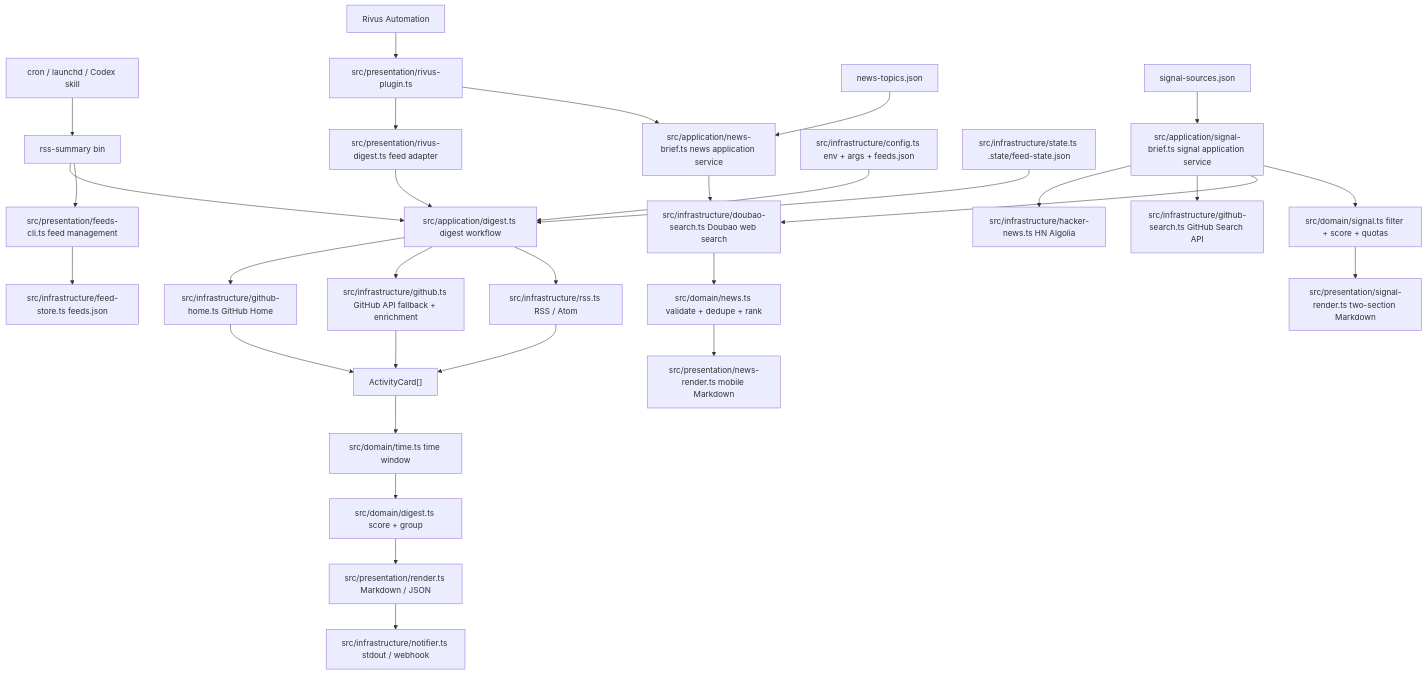
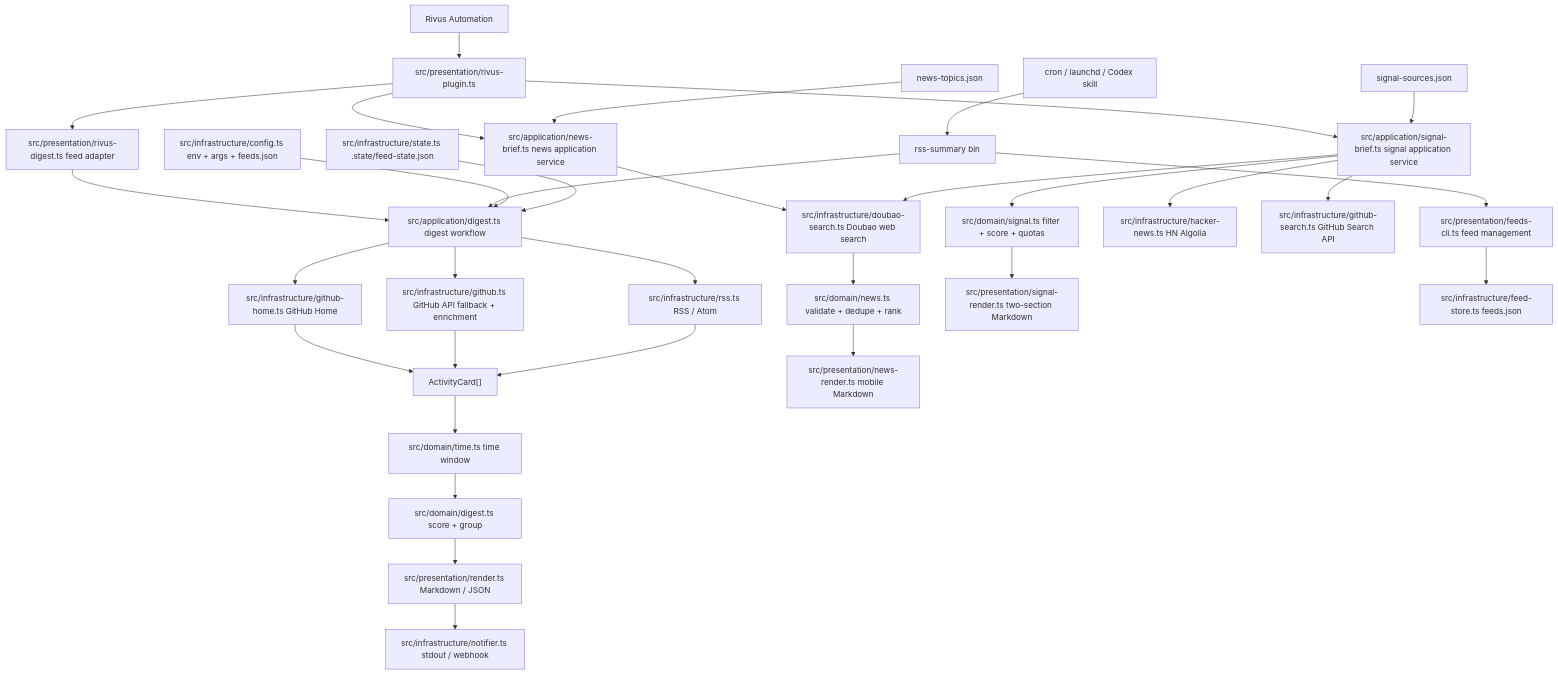
Before and after one commit to PerfectPan/rss-summary: the diagram in docs/architecture.md, drawn with Mermaid. The commit also changed other lines of this file and 2 other files, not shown here.

First line of the commit message:
docs: rewrite architecture and add technology decisions

````diff
--- a/docs/architecture.md
+++ b/docs/architecture.md
@@ -9,39 +21,40 @@
 ```mermaid
 flowchart TD
   Trigger["cron / launchd / Codex skill"] --> CLI["rss-summary bin"]
   RivusSchedule["Rivus Automation"] --> Plugin["src/presentation/rivus-plugin.ts"]
   Plugin --> FeedAdapter["src/presentation/rivus-digest.ts feed adapter"]
   Plugin --> NewsBrief["src/application/news-brief.ts news application service"]
+  Plugin --> SignalBrief["src/application/signal-brief.ts signal application service"]
   FeedAdapter --> Digest
   CLI --> Digest["src/application/digest.ts digest workflow"]
   CLI --> FeedsCommand["src/presentation/feeds-cli.ts feed management"]
 
   Config["src/infrastructure/config.ts env + args + feeds.json"] --> Digest
   Digest --> GitHubHome["src/infrastructure/github-home.ts GitHub Home"]
   Digest --> GitHub["src/infrastructure/github.ts GitHub API fallback + enrichment"]
   Digest --> RSS["src/infrastructure/rss.ts RSS / Atom"]
 
   GitHubHome --> Cards["ActivityCard[]"]
   GitHub --> Cards
   RSS --> Cards
   Cards --> Window["src/domain/time.ts time window"]
   Window --> Domain["src/domain/digest.ts score + group"]
 
   State["src/infrastructure/state.ts .state/feed-state.json"] --> Digest
   Domain --> Render["src/presentation/render.ts Markdown / JSON"]
   Render --> Notify["src/infrastructure/notifier.ts stdout / webhook"]
 
   Topics["news-topics.json"] --> NewsBrief
   NewsBrief --> Doubao["src/infrastructure/doubao-search.ts Doubao web search"]
   Doubao --> NewsDomain["src/domain/news.ts validate + dedupe + rank"]
   NewsDomain --> NewsRender["src/presentation/news-render.ts mobile Markdown"]
 
-  SignalSources["signal-sources.json"] --> SignalBrief["src/application/signal-brief.ts signal application service"]
+  SignalSources["signal-sources.json"] --> SignalBrief
   SignalBrief --> HackerNews["src/infrastructure/hacker-news.ts HN Algolia"]
   SignalBrief --> GithubSearch["src/infrastructure/github-search.ts GitHub Search API"]
   SignalBrief --> Doubao
   SignalBrief --> SignalDomain["src/domain/signal.ts filter + score + quotas"]
   SignalDomain --> SignalRender["src/presentation/signal-render.ts two-section Markdown"]
 
   FeedsCommand --> FeedStore["src/infrastructure/feed-store.ts feeds.json"]
 ```
````
